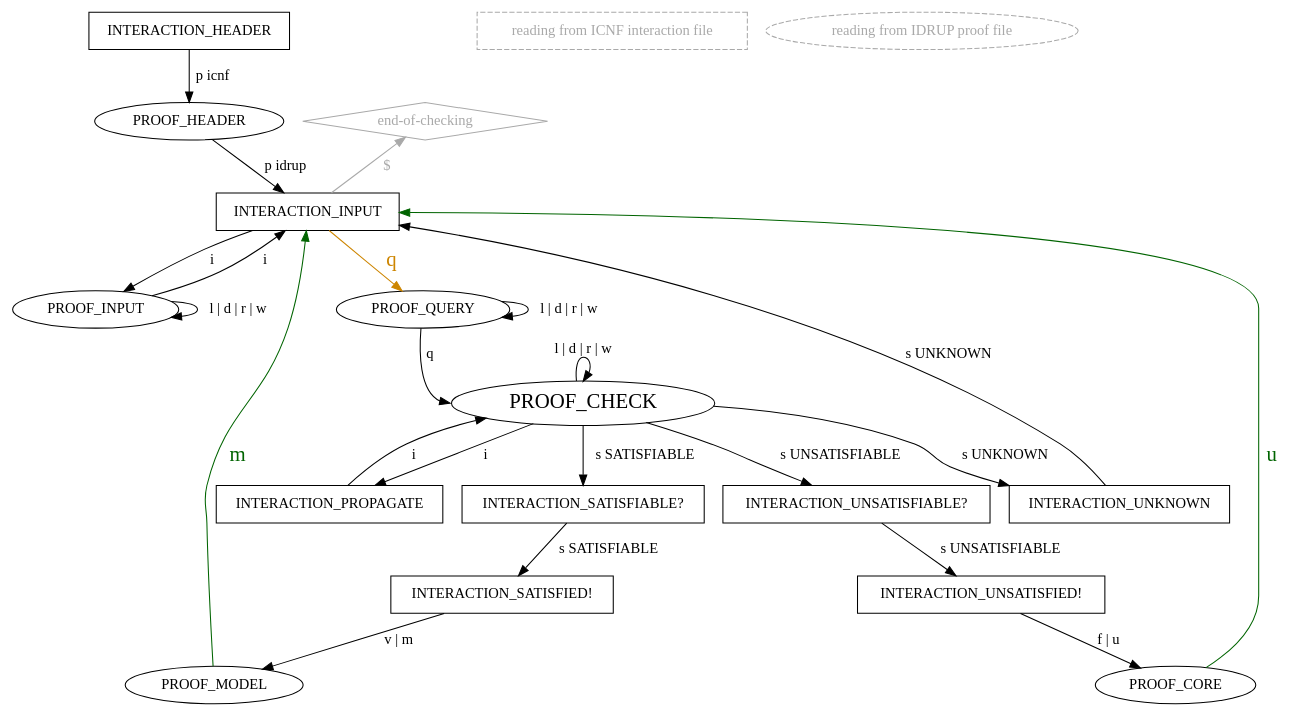
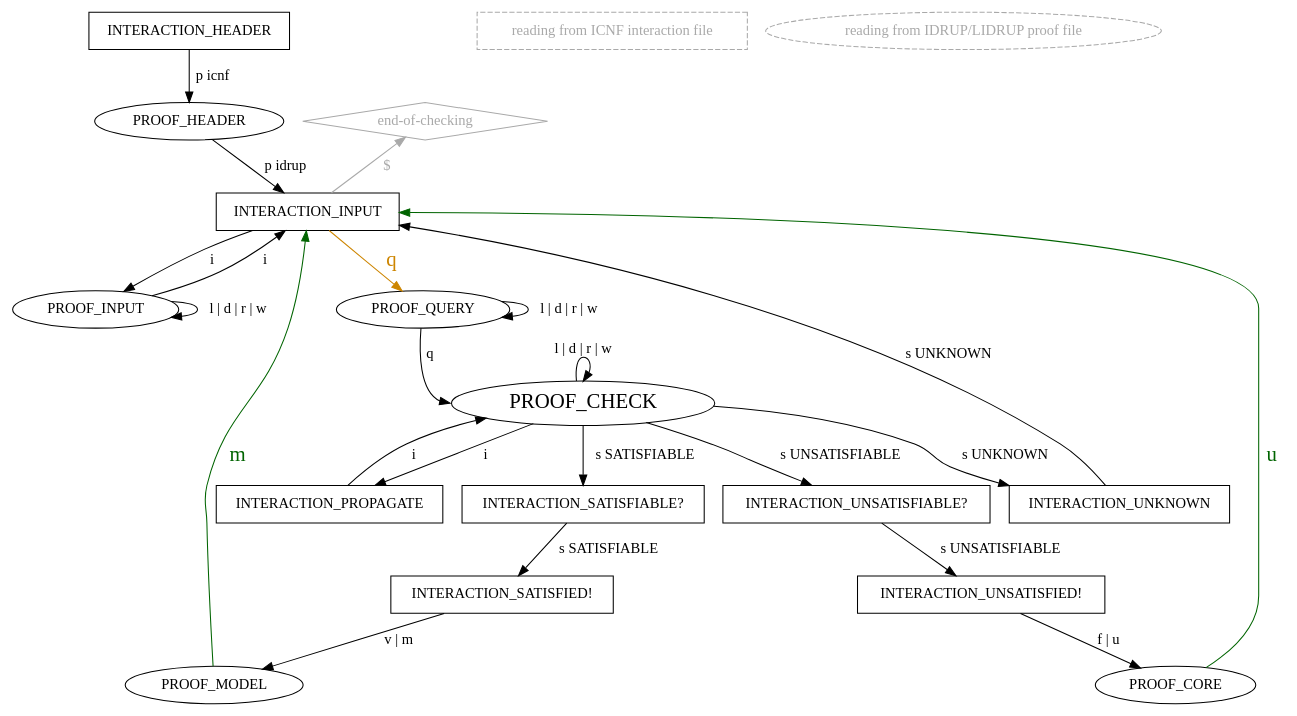
Before and after one commit to arminbiere/lidrup-check: the diagram in lidrup-check-pedantic-clear.dot, drawn with Graphviz. The commit also changed 7 other files, not shown here.

```diff
--- a/lidrup-check-pedantic-clear.dot
+++ b/lidrup-check-pedantic-clear.dot
@@ -1,54 +1,54 @@
 digraph "idrup-check" {
 
   INTERACTION_HEADER [shape=box];
   INTERACTION_HEADER -> PROOF_HEADER [label=" p icnf",weight=2];
 
   empty_legend1 [label="                     ",style=invis]
   icnf_legend
   [shape=box,color=darkgray,fontcolor=darkgray,style=dashed,label="reading from ICNF interaction file"]
   idrup_legend
-  [style=dashed,color=darkgray,fontcolor=darkgray,label="reading from IDRUP proof file"]
+  [style=dashed,color=darkgray,fontcolor=darkgray,label="reading from IDRUP/LIDRUP proof file"]
 
   "end-of-checking" [shape=diamond,color=darkgray,fontcolor=darkgray];
    "end-of-checking" -> INTERACTION_INPUT [label="  $    ",dir=back,fontcolor=darkgray,color=darkgray];
 
   PROOF_HEADER -> INTERACTION_INPUT [label=" p idrup"]
 
   INTERACTION_INPUT [shape=box];
   INTERACTION_INPUT -> PROOF_INPUT [label=" i ",weight=2];
   INTERACTION_INPUT -> PROOF_QUERY [label=" q ",weight=2,color=orange3,fontsize=20,fontcolor=orange3];
 
   PROOF_INPUT -> INTERACTION_INPUT [label=" i ",weight=3];
   PROOF_INPUT -> PROOF_INPUT [label=" l | d | r | w"];
 
   PROOF_QUERY -> PROOF_CHECK:w [label=" q "];
   PROOF_QUERY -> PROOF_QUERY [label=" l | d | r | w"];
 
   PROOF_CHECK [fontsize=20];
   PROOF_CHECK:n -> PROOF_CHECK:_ [label=" l | d | r | w ",dir=back];
   PROOF_CHECK -> INTERACTION_PROPAGATE [label=" i "];
   PROOF_CHECK -> INTERACTION_SATISFIABLE [label=" s SATISFIABLE "];
   PROOF_CHECK -> INTERACTION_UNSATISFIABLE [label=" s UNSATISFIABLE "];
   PROOF_CHECK -> INTERACTION_UNKNOWN [label=" s UNKNOWN ",weight=2];
 
   INTERACTION_PROPAGATE [shape="box"];
   INTERACTION_PROPAGATE -> PROOF_CHECK [label=" i "];
 
   INTERACTION_UNSATISFIABLE [shape="box",label="INTERACTION_UNSATISFIABLE?"];
   INTERACTION_UNSATISFIABLE -> INTERACTION_UNSATISFIED [label=" s UNSATISFIABLE "];
 
   INTERACTION_SATISFIABLE [shape="box",label="INTERACTION_SATISFIABLE?"];
   INTERACTION_SATISFIABLE -> INTERACTION_SATISFIED [label=" s SATISFIABLE "];
 
   INTERACTION_SATISFIED [shape=box,label="INTERACTION_SATISFIED!"];
   INTERACTION_SATISFIED -> PROOF_MODEL [label=" v | m "];
 
   INTERACTION_UNSATISFIED [shape=box,label="INTERACTION_UNSATISFIED!"];
   INTERACTION_UNSATISFIED -> PROOF_CORE [label=" f | u "];
 
   INTERACTION_UNKNOWN [shape=box];
   INTERACTION_UNKNOWN -> INTERACTION_INPUT [label="s UNKNOWN",weight=2];
 
   PROOF_MODEL -> INTERACTION_INPUT [label=" m ",color=darkgreen,fontsize=20,fontcolor=darkgreen];
   PROOF_CORE -> INTERACTION_INPUT [label=" u ",color=darkgreen,fontsize=20,fontcolor=darkgreen];
 }
```
